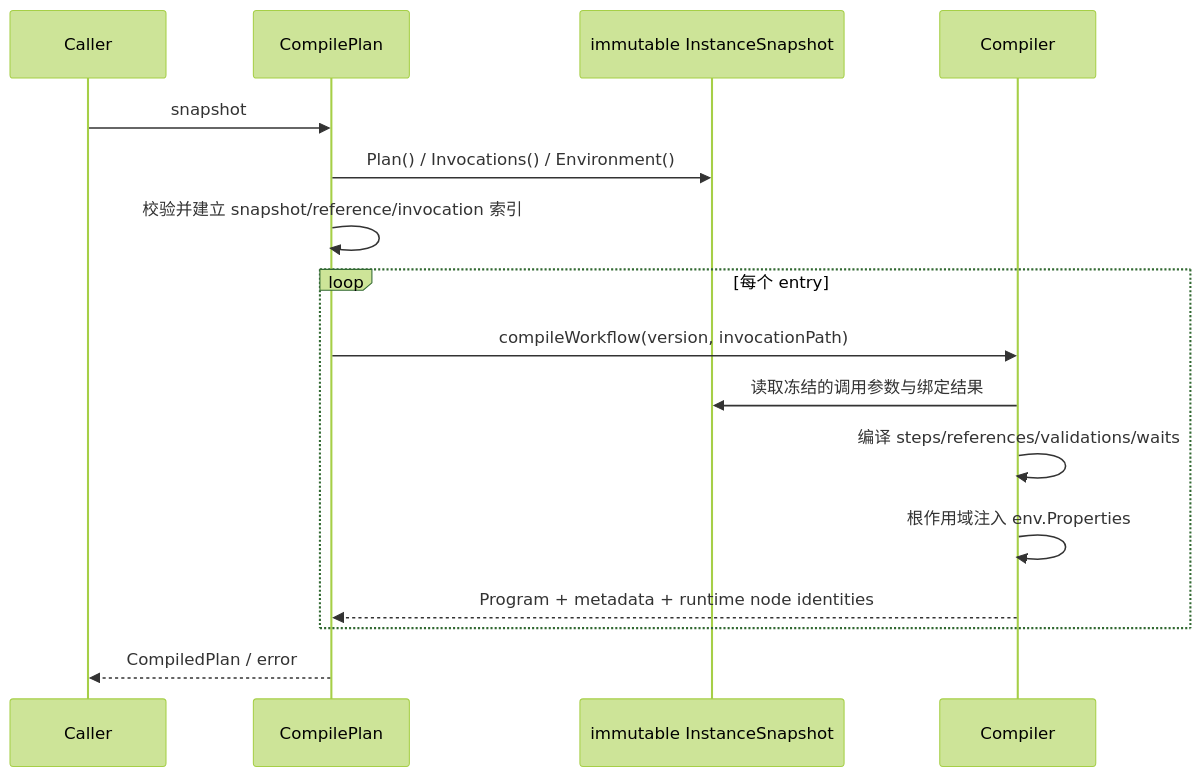
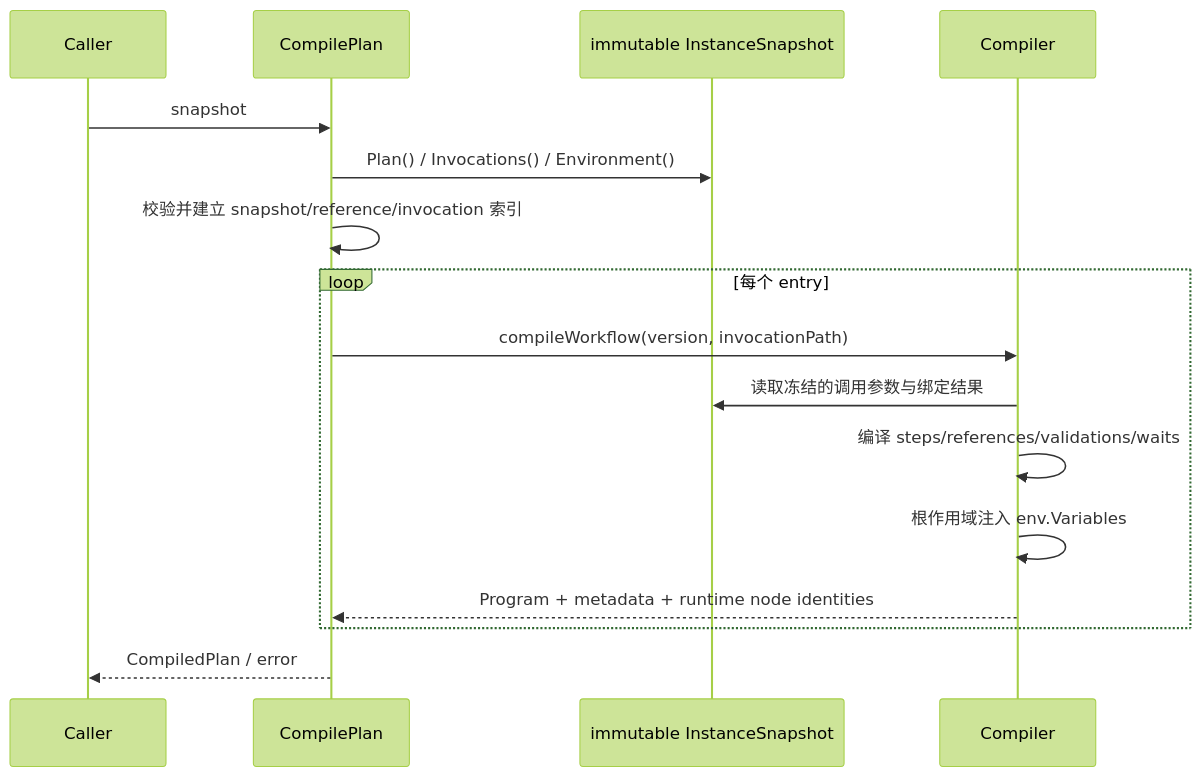
One commit to Capsule7446/healix-core changed the first of 2 diagrams in docs/application/engine/compile-plan.md. Above: the diagram before and after it, drawn with Mermaid (forest theme). The commit also changed other lines of this file and 30 other files, not shown here.

````diff
--- a/docs/application/engine/compile-plan.md
+++ b/docs/application/engine/compile-plan.md
@@ -46,18 +46,18 @@
 ```mermaid
 sequenceDiagram
     participant Caller
     participant C as CompilePlan
     participant S as immutable InstanceSnapshot
     participant Compiler
     Caller->>C: snapshot
     C->>S: Plan() / Invocations() / Environment()
     C->>C: 校验并建立 snapshot/reference/invocation 索引
     loop 每个 entry
       C->>Compiler: compileWorkflow(version, invocationPath)
       Compiler->>S: 读取冻结的调用参数与绑定结果
       Compiler->>Compiler: 编译 steps/references/validations/waits
-      Compiler->>Compiler: 根作用域注入 env.Properties
+      Compiler->>Compiler: 根作用域注入 env.Variables
       Compiler-->>C: Program + metadata + runtime node identities
     end
     C-->>Caller: CompiledPlan / error
 ```
````
